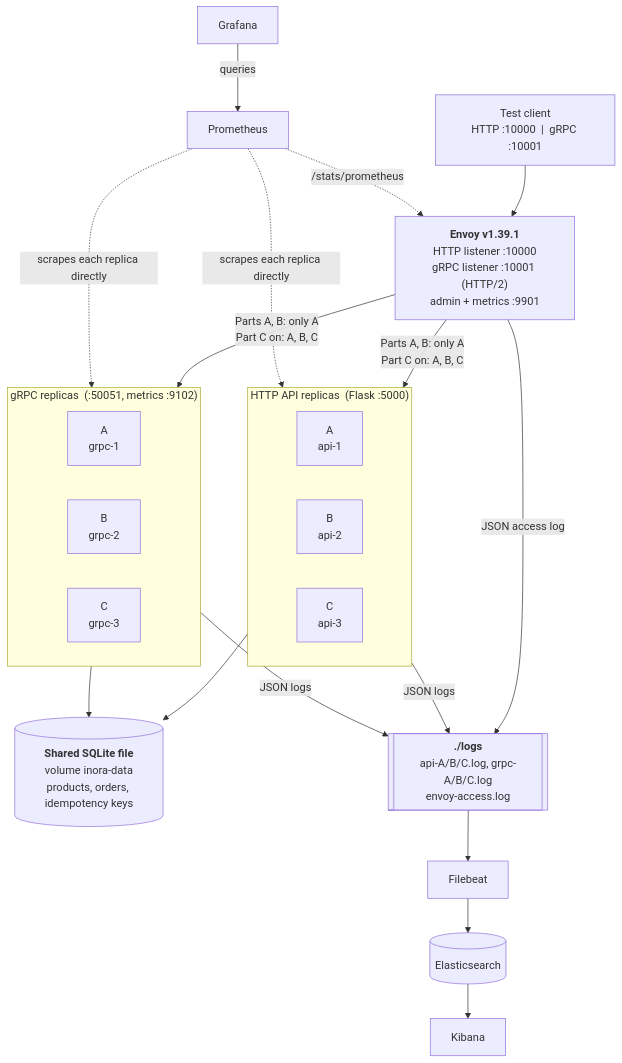
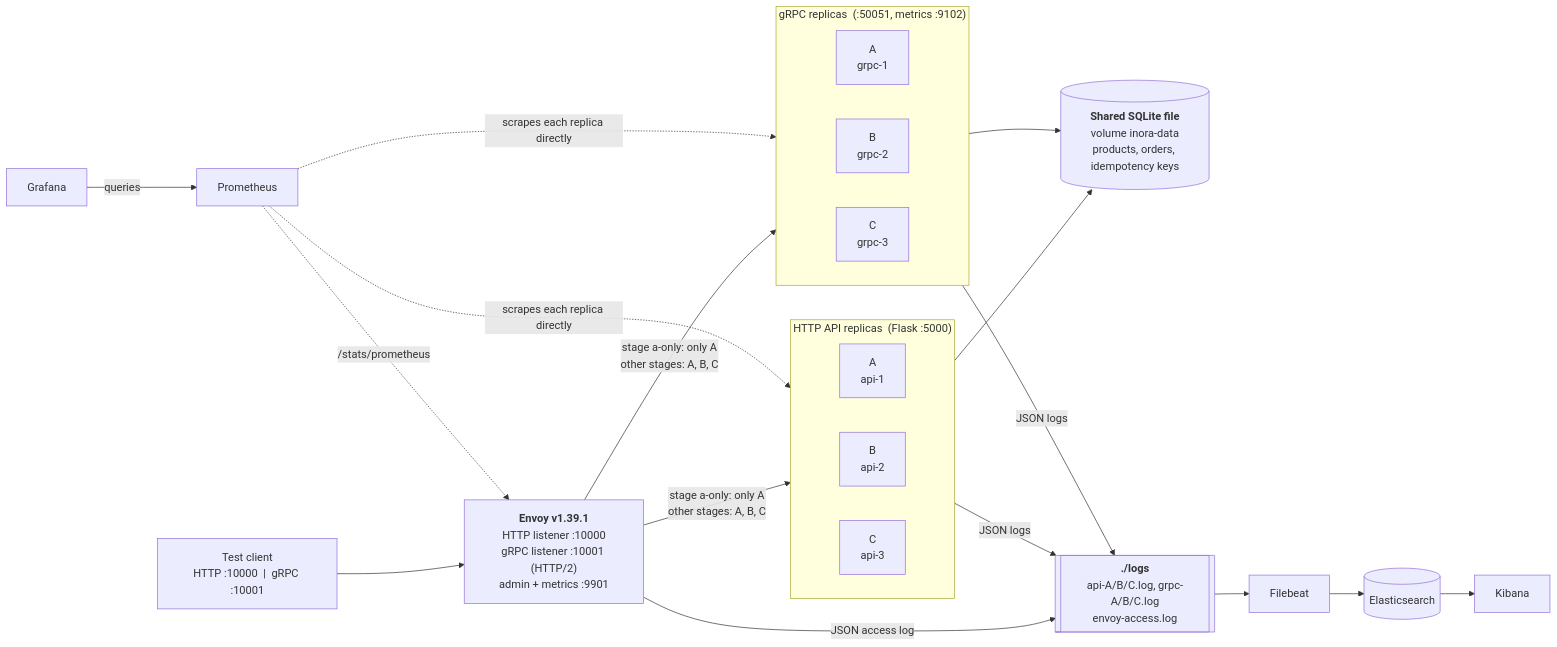
One commit to maazahmedsiddiqui/inora-observability-part3 changed the diagram in docs/a3/architecture.mmd. Above: the diagram before and after it, drawn with Mermaid. The commit also changed 7 other files, not shown here.

Commit message:
Final README, report (md + pdf), updated architecture

```diff
--- a/docs/a3/architecture.mmd
+++ b/docs/a3/architecture.mmd
@@ -1,38 +1,38 @@
-flowchart TB
+flowchart LR
     client["Test client<br/>HTTP :10000 &nbsp;|&nbsp; gRPC :10001"]
     envoy["<b>Envoy v1.39.1</b><br/>HTTP listener :10000<br/>gRPC listener :10001 (HTTP/2)<br/>admin + metrics :9901"]
 
     subgraph http["HTTP API replicas &nbsp;(Flask :5000)"]
         direction LR
         a1["A<br/>api-1"]
         b1["B<br/>api-2"]
         c1["C<br/>api-3"]
     end
     subgraph grpcs["gRPC replicas &nbsp;(:50051, metrics :9102)"]
         direction LR
         a2["A<br/>grpc-1"]
         b2["B<br/>grpc-2"]
         c2["C<br/>grpc-3"]
     end
 
     db[("<b>Shared SQLite file</b><br/>volume inora-data<br/>products, orders, idempotency keys")]
     logs[["<b>./logs</b><br/>api-A/B/C.log, grpc-A/B/C.log<br/>envoy-access.log"]]
     prom["Prometheus"]
     graf["Grafana"]
     fb["Filebeat"]
     es[("Elasticsearch")]
     kb["Kibana"]
 
     client --> envoy
-    envoy -->|"Parts A, B: only A<br/>Part C on: A, B, C"| http
-    envoy -->|"Parts A, B: only A<br/>Part C on: A, B, C"| grpcs
+    envoy -->|"stage a-only: only A<br/>other stages: A, B, C"| http
+    envoy -->|"stage a-only: only A<br/>other stages: A, B, C"| grpcs
     http --> db
     grpcs --> db
     http -->|"JSON logs"| logs
     grpcs -->|"JSON logs"| logs
     envoy -->|"JSON access log"| logs
     logs --> fb --> es --> kb
     prom -.->|"scrapes each replica directly"| http
     prom -.->|"scrapes each replica directly"| grpcs
     prom -.->|"/stats/prometheus"| envoy
     graf -->|"queries"| prom
```
